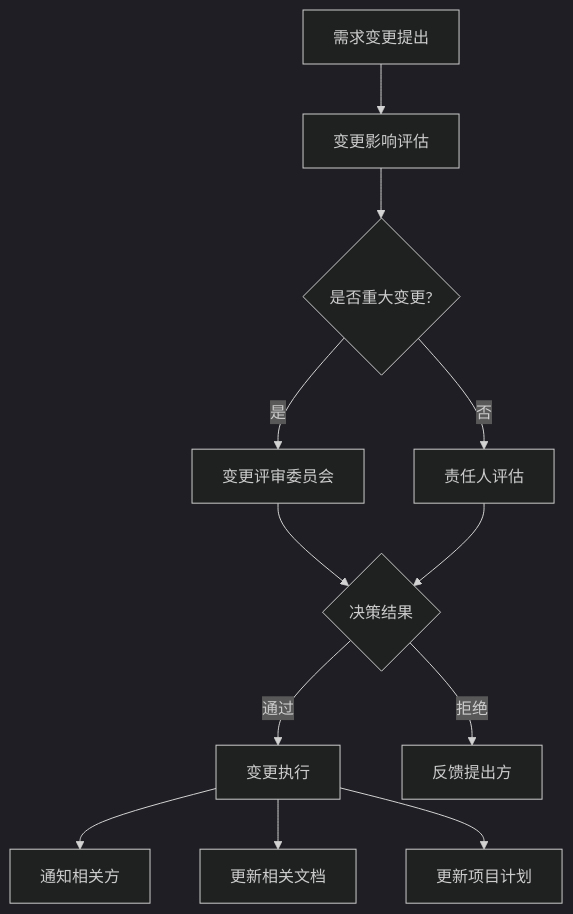
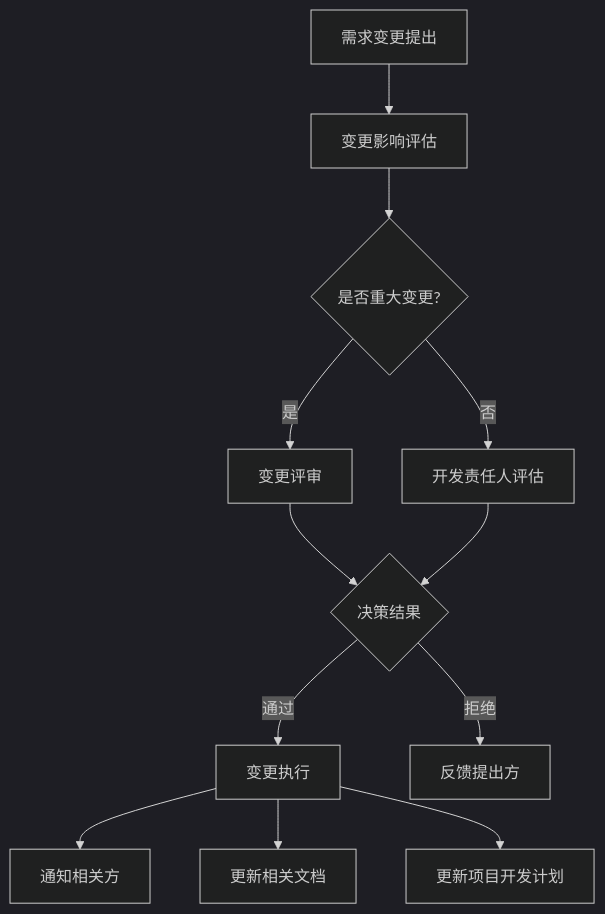
Diagram 11 of 12 in 开发流程图.md (Taskon-xyz/PR), drawn with Mermaid (dark theme) before and after one commit. The commit also changed other lines of this file and 3 other files, not shown here.

````diff
--- a/开发流程图.md
+++ b/开发流程图.md
@@ -260,15 +250,15 @@
 ```mermaid
 flowchart TD
     A[需求变更提出] --> B[变更影响评估]
     B --> C{是否重大变更?}
-    C -->|是| D[变更评审委员会]
-    C -->|否| E[责任人评估]
+    C -->|是| D[变更评审]
+    C -->|否| E[开发责任人评估]
     D --> F{决策结果}
     E --> F
     F -->|通过| G[变更执行]
     F -->|拒绝| H[反馈提出方]
   
     G --> I[通知相关方]
     G --> J[更新相关文档]
-    G --> K[更新项目计划]
+    G --> K[更新项目开发计划]
 ```
````
